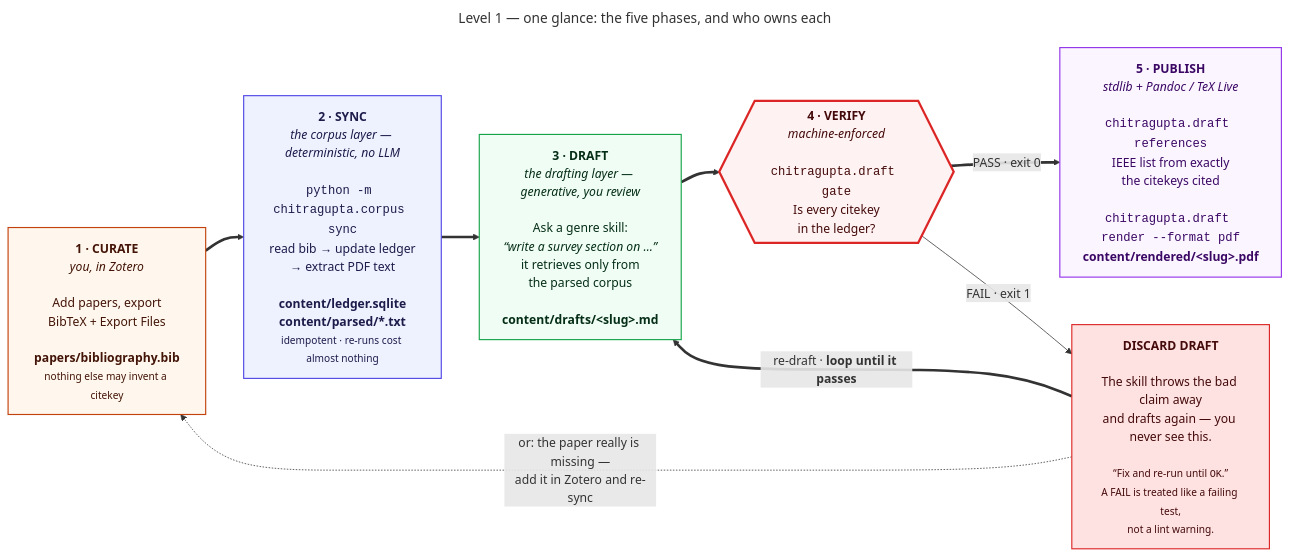
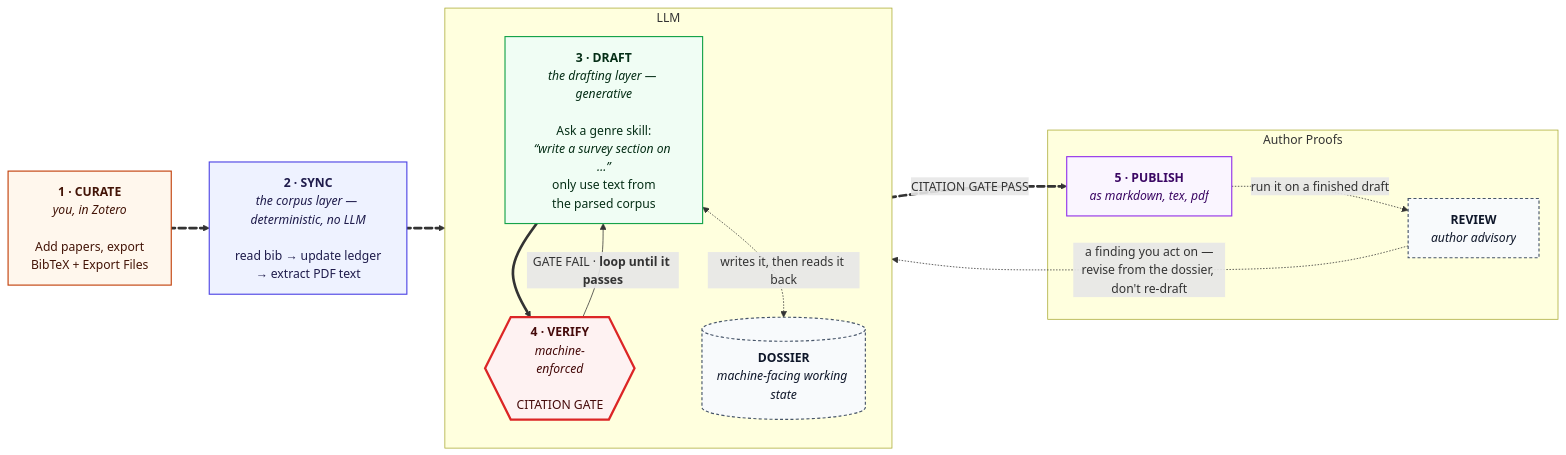
One commit to prasadtalasila/chitragupta changed the diagram in docs/diagrams/v1-overview.mmd. Above: the diagram before and after it, drawn with Mermaid. The commit also changed 10 other files, not shown here.

```diff
--- a/docs/diagrams/v1-overview.mmd
+++ b/docs/diagrams/v1-overview.mmd
@@ -1,36 +1,47 @@
----
-title: "Level 1 — one glance: the five phases, and who owns each"
----
 flowchart LR
 
-  P0["<b>1 · CURATE</b><br/><i>you, in Zotero</i><br/><br/>Add papers, export<br/>BibTeX + Export Files<br/><br/><b>papers/bibliography.bib</b><br/><small>nothing else may invent a citekey</small>"]
+  P0["<b>1 · CURATE</b><br/><i>you, in Zotero</i><br/><br/>Add papers, export<br/>BibTeX + Export Files"]
 
-  P1["<b>2 · SYNC</b><br/><i>the corpus layer — deterministic, no LLM</i><br/><br/><code>python -m chitragupta.corpus sync</code><br/>read bib → update ledger<br/>→ extract PDF text<br/><br/><b>content/ledger.sqlite</b><br/><b>content/parsed/*.txt</b><br/><small>idempotent · re-runs cost almost nothing</small>"]
+  P1["<b>2 · SYNC</b><br/><i>the corpus layer — deterministic, no LLM</i><br/><br/>read bib → update ledger<br/>→ extract PDF text"]
 
-  P2["<b>3 · DRAFT</b><br/><i>the drafting layer — generative, you review</i><br/><br/>Ask a genre skill:<br/><i>“write a survey section on …”</i><br/>it retrieves only from<br/>the parsed corpus<br/><br/><b>content/drafts/&lt;slug&gt;.md</b>"]
+  P2["<b>3 · DRAFT</b><br/><i>the drafting layer — generative</i><br/><br/>Ask a genre skill:<br/><i>“write a survey section on …”</i><br/>only use text from<br/>the parsed corpus"]
 
-  P3{{"<b>4 · VERIFY</b><br/><i>machine-enforced</i><br/><br/><code>chitragupta.draft gate</code><br/>Is every citekey<br/>in the ledger?"}}
+  P3{{"<b>4 · VERIFY</b><br/><i>machine-<br/>enforced</i><br/><br/>CITATION GATE"}}
 
-  P4["<b>5 · PUBLISH</b><br/><i>stdlib + Pandoc / TeX Live</i><br/><br/><code>chitragupta.draft references</code><br/>IEEE list from exactly<br/>the citekeys cited<br/><br/><code>chitragupta.draft render --format pdf</code><br/><b>content/rendered/&lt;slug&gt;.pdf</b>"]
+  P4["<b>5 · PUBLISH</b><br/><i>as markdown, tex, pdf</i>"]
 
-  FIX["<b>DISCARD DRAFT</b><br/><br/>The skill throws the bad claim away<br/>and drafts again — you never see this.<br/><br/><small>“Fix and re-run until <code>OK</code>.”<br/>A FAIL is treated like a failing test,<br/>not a lint warning.</small>"]
+  DOSS[("<b>DOSSIER</b><br/><i>machine-facing working state</i>")]
 
-  P0 ==> P1 ==> P2 ==> P3
-  P3 == "PASS · exit 0" ==> P4
-  P3 -- "FAIL · exit 1" --> FIX
-  FIX == "re-draft · <b>loop until it passes</b>" ==> P2
-  FIX -. "or: the paper really is missing —<br/>add it in Zotero and re-sync" .-> P0
+  REV["<b>REVIEW</b><br/><i>author advisory"]
+
+  P0 e1@==> P1 e2@==> P2
+  e1@{ animate: true }
+  e2@{ animate: true }
+  P3 e3@== "CITATION GATE PASS" ==> P4
+  e3@{ animate: true }
+  subgraph LLM
+    direction TB
+    P2 ==> P3
+    P2 <-. "writes it, then reads it back" .-> DOSS
+    P3 -- "GATE FAIL · <b>loop until it passes</b>" --> P2
+  end
+
+  subgraph Author Proofs
+    P4 -. "run it on a finished draft" .-> REV
+    REV -. "a finding you act on —<br/>revise from the dossier, don't re-draft" .-> P2
+  end
 
   classDef you fill:#fff7ed,stroke:#c2410c,stroke-width:1.5px,color:#431407
   classDef det fill:#eef2ff,stroke:#4f46e5,stroke-width:1.5px,color:#1e1b4b
   classDef gen fill:#f0fdf4,stroke:#16a34a,stroke-width:1.5px,color:#052e16
   classDef gate fill:#fef2f2,stroke:#dc2626,stroke-width:3px,color:#450a0a
   classDef out fill:#faf5ff,stroke:#9333ea,stroke-width:1.5px,color:#3b0764
-  classDef bad fill:#fee2e2,stroke:#dc2626,stroke-width:1.5px,color:#450a0a
+  classDef side fill:#f8fafc,stroke:#475569,stroke-width:1.5px,stroke-dasharray:4 3,color:#0f172a
 
   class P0 you
   class P1 det
   class P2 gen
   class P3 gate
   class P4 out
-  class FIX bad
+  class DOSS side
+  class REV side
```
